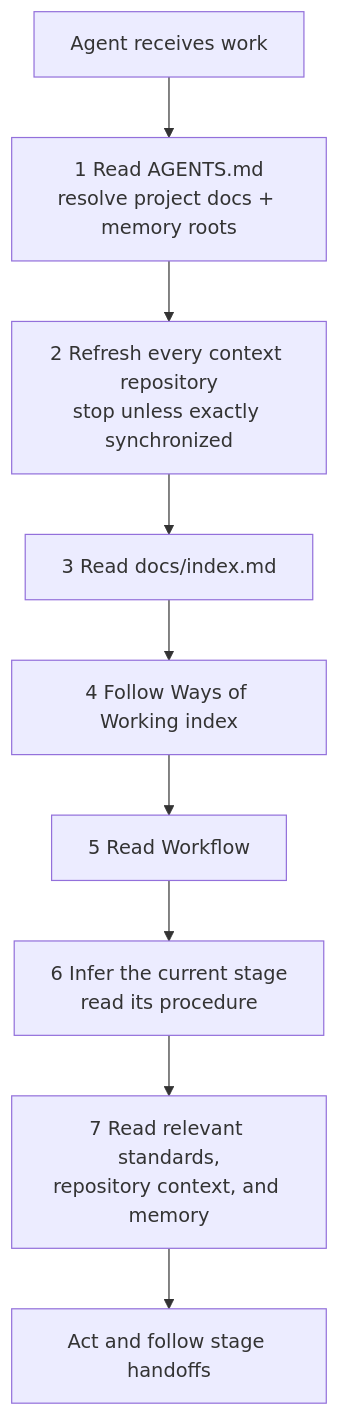
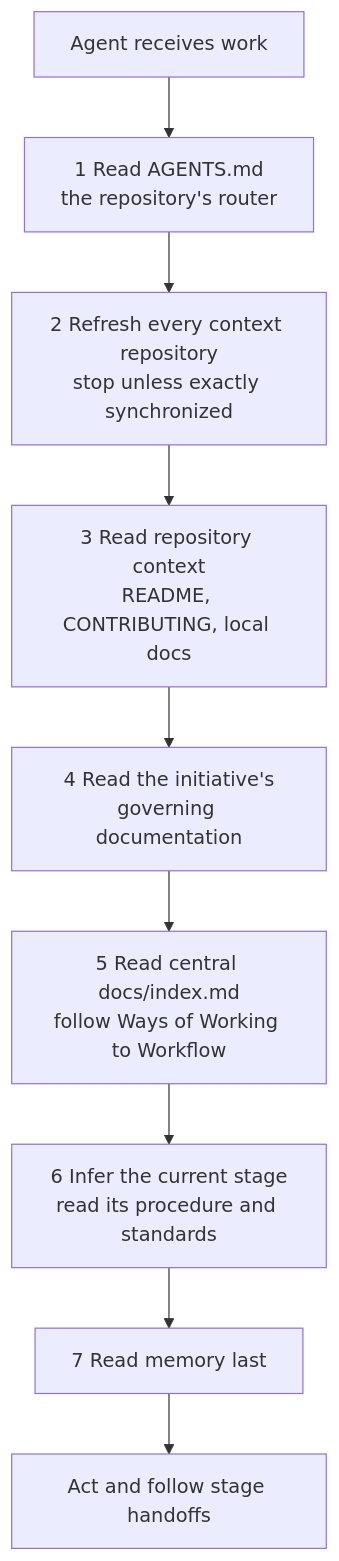
One commit to MSXOrg/docs changed the diagram in src/docs/Ways-of-Working/Agentic-Development.md. Above: the diagram before and after it, drawn with Mermaid. The commit also changed other lines of this file, not shown here.

First line of the commit message:
Make AGENTS.md a router and drop the Copilot instruction file

````diff
--- a/src/docs/Ways-of-Working/Agentic-Development.md
+++ b/src/docs/Ways-of-Working/Agentic-Development.md
@@ -31,11 +31,11 @@
 ```mermaid
 flowchart TD
-  task["Agent receives work"] --> pointer["1 Read AGENTS.md<br/>resolve project docs + memory roots"]
+  task["Agent receives work"] --> pointer["1 Read AGENTS.md<br/>the repository's router"]
   pointer --> refresh["2 Refresh every context repository<br/>stop unless exactly synchronized"]
-  refresh --> root["3 Read docs/index.md"]
-  root --> ways["4 Follow Ways of Working index"]
-  ways --> workflow["5 Read Workflow"]
-  workflow --> stage["6 Infer the current stage<br/>read its procedure"]
-  stage --> context["7 Read relevant standards,<br/>repository context, and memory"]
-  context --> work["Act and follow stage handoffs"]
+  refresh --> repo["3 Read repository context<br/>README, CONTRIBUTING, local docs"]
+  repo --> initiative["4 Read the initiative's<br/>governing documentation"]
+  initiative --> root["5 Read central docs/index.md<br/>follow Ways of Working to Workflow"]
+  root --> stage["6 Infer the current stage<br/>read its procedure and standards"]
+  stage --> memory["7 Read memory last"]
+  memory --> work["Act and follow stage handoffs"]
 ```
````
